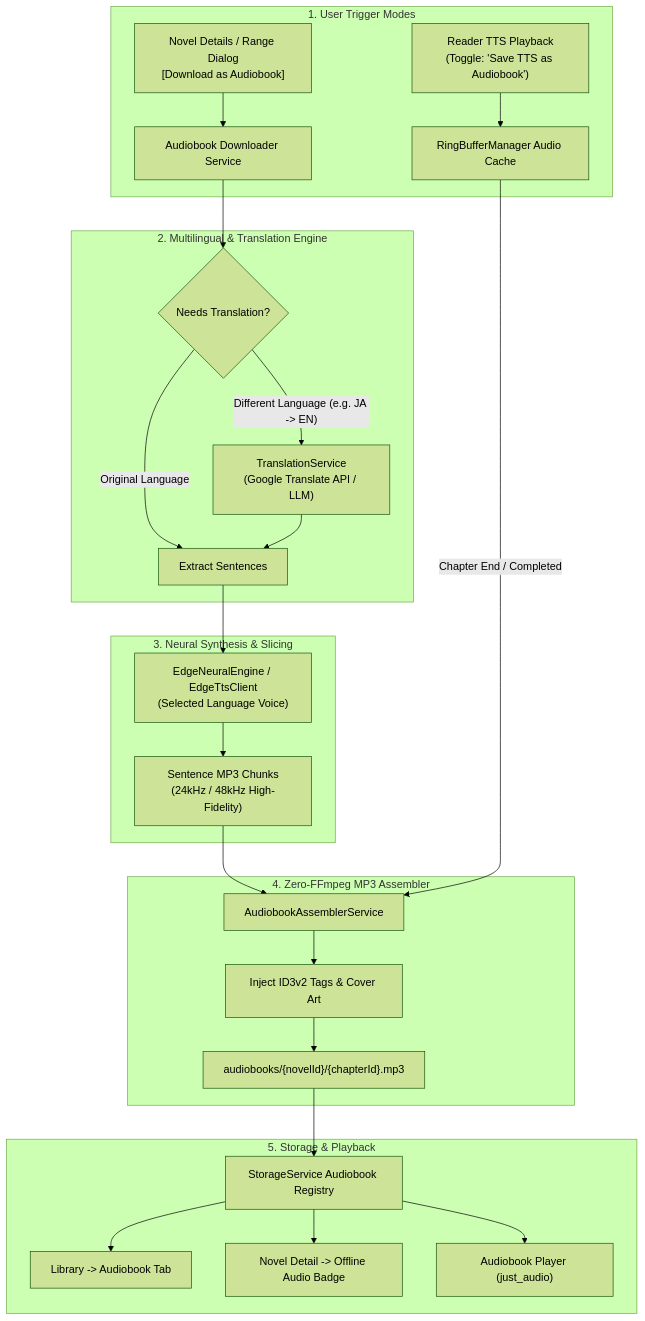
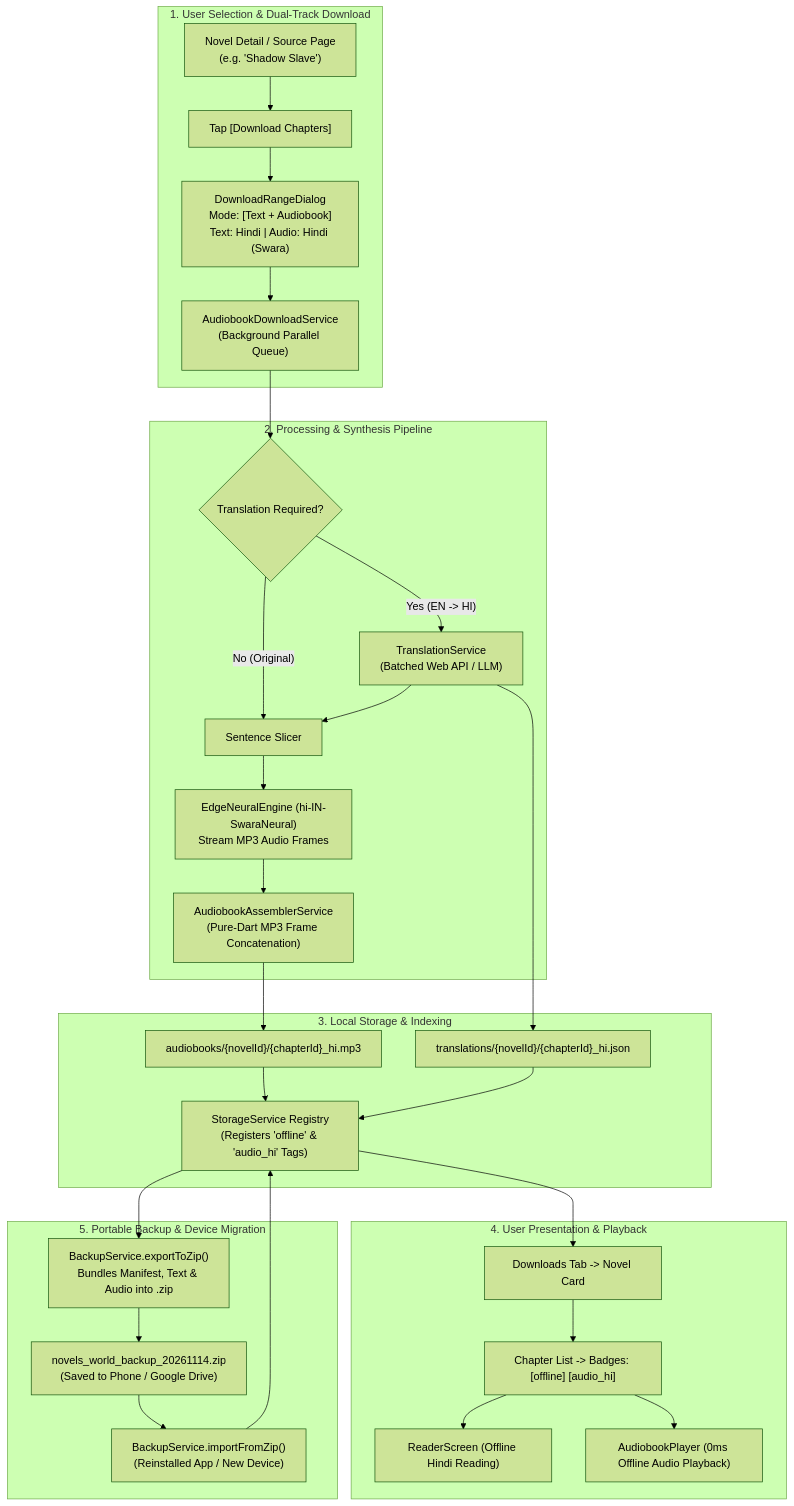
One commit to AdityaPatra-dev/Novels-World changed the diagram in plan.md. Above: the diagram before and after it, drawn with Mermaid (forest theme). The commit also changed other lines of this file, not shown here.

Commit message:
docs: enrich plan.md with intuitive UI/UX, voice sample preview, bilingual helper, and portable .ZIP migration

````diff
--- a/plan.md
+++ b/plan.md
@@ -29,33 +30,38 @@
 ```mermaid
 flowchart TD
-    subgraph Trigger["1. User Trigger Modes"]
-        T1["Novel Details / Range Dialog<br/>[Download as Audiobook]"] --> DL["Audiobook Downloader Service"]
-        T2["Reader TTS Playback<br/>(Toggle: 'Save TTS as Audiobook')"] --> RB["RingBufferManager Audio Cache"]
+    subgraph S1["1. User Selection & Dual-Track Download"]
+        UI_A["Novel Detail / Source Page<br/>(e.g. 'Shadow Slave')"] --> BTN["Tap [Download Chapters]"]
+        BTN --> MODAL["DownloadRangeDialog<br/>Mode: [Text + Audiobook]<br/>Text: Hindi | Audio: Hindi (Swara)"]
+        MODAL --> QUEUE["AudiobookDownloadService<br/>(Background Parallel Queue)"]
     end
 
-    subgraph TranslationLayer["2. Multilingual & Translation Engine"]
-        DL --> TR{"Needs Translation?"}
-        TR -->|"Original Language"| S1["Extract Sentences"]
-        TR -->|"Different Language (e.g. JA -> EN)"| T3["TranslationService<br/>(Google Translate API / LLM)"]
-        T3 --> S1
+    subgraph S2["2. Processing & Synthesis Pipeline"]
+        QUEUE --> TRANS{"Translation Required?"}
+        TRANS -->|"Yes (EN -> HI)"| TR_SVC["TranslationService<br/>(Batched Web API / LLM)"]
+        TRANS -->|"No (Original)"| SLICE["Sentence Slicer"]
+        TR_SVC --> SLICE
+        SLICE --> TTS["EdgeNeuralEngine (hi-IN-SwaraNeural)<br/>Stream MP3 Audio Frames"]
+        TTS --> STITCH["AudiobookAssemblerService<br/>(Pure-Dart MP3 Frame Concatenation)"]
     end
 
-    subgraph SynthesisPipeline["3. Neural Synthesis & Slicing"]
-        S1 --> SYN["EdgeNeuralEngine / EdgeTtsClient<br/>(Selected Language Voice)"]
-        SYN --> CHUNKS["Sentence MP3 Chunks<br/>(24kHz / 48kHz High-Fidelity)"]
+    subgraph S3["3. Local Storage & Indexing"]
+        STITCH --> FILE_AUDIO["audiobooks/{novelId}/{chapterId}_hi.mp3"]
+        TR_SVC --> FILE_TXT["translations/{novelId}/{chapterId}_hi.json"]
+        FILE_AUDIO --> REG["StorageService Registry<br/>(Registers 'offline' & 'audio_hi' Tags)"]
+        FILE_TXT --> REG
     end
 
-    subgraph AssemblyLayer["4. Zero-FFmpeg MP3 Assembler"]
-        CHUNKS --> ASM["AudiobookAssemblerService"]
-        RB -->|"Chapter End / Completed"| ASM
-        ASM --> ID3["Inject ID3v2 Tags & Cover Art"]
-        ID3 --> FILE["audiobooks/{novelId}/{chapterId}.mp3"]
+    subgraph S4["4. User Presentation & Playback"]
+        REG --> TAB["Downloads Tab -> Novel Card"]
+        TAB --> LIST["Chapter List -> Badges: [offline] [audio_hi]"]
+        LIST --> READ["ReaderScreen (Offline Hindi Reading)"]
+        LIST --> PLAY["AudiobookPlayer (0ms Offline Audio Playback)"]
     end
 
-    subgraph PlaybackAndStorage["5. Storage & Playback"]
-        FILE --> DB["StorageService Audiobook Registry"]
-        DB --> UI1["Library -> Audiobook Tab"]
-        DB --> UI2["Novel Detail -> Offline Audio Badge"]
-        DB --> PL["Audiobook Player (just_audio)"]
+    subgraph S5["5. Portable Backup & Device Migration"]
+        REG --> EXP["BackupService.exportToZip()<br/>Bundles Manifest, Text & Audio into .zip"]
+        EXP --> ZIP_FILE["novels_world_backup_20261114.zip<br/>(Saved to Phone / Google Drive)"]
+        ZIP_FILE --> IMP["BackupService.importFromZip()<br/>(Reinstalled App / New Device)"]
+        IMP --> REG
     end
 ```
````
